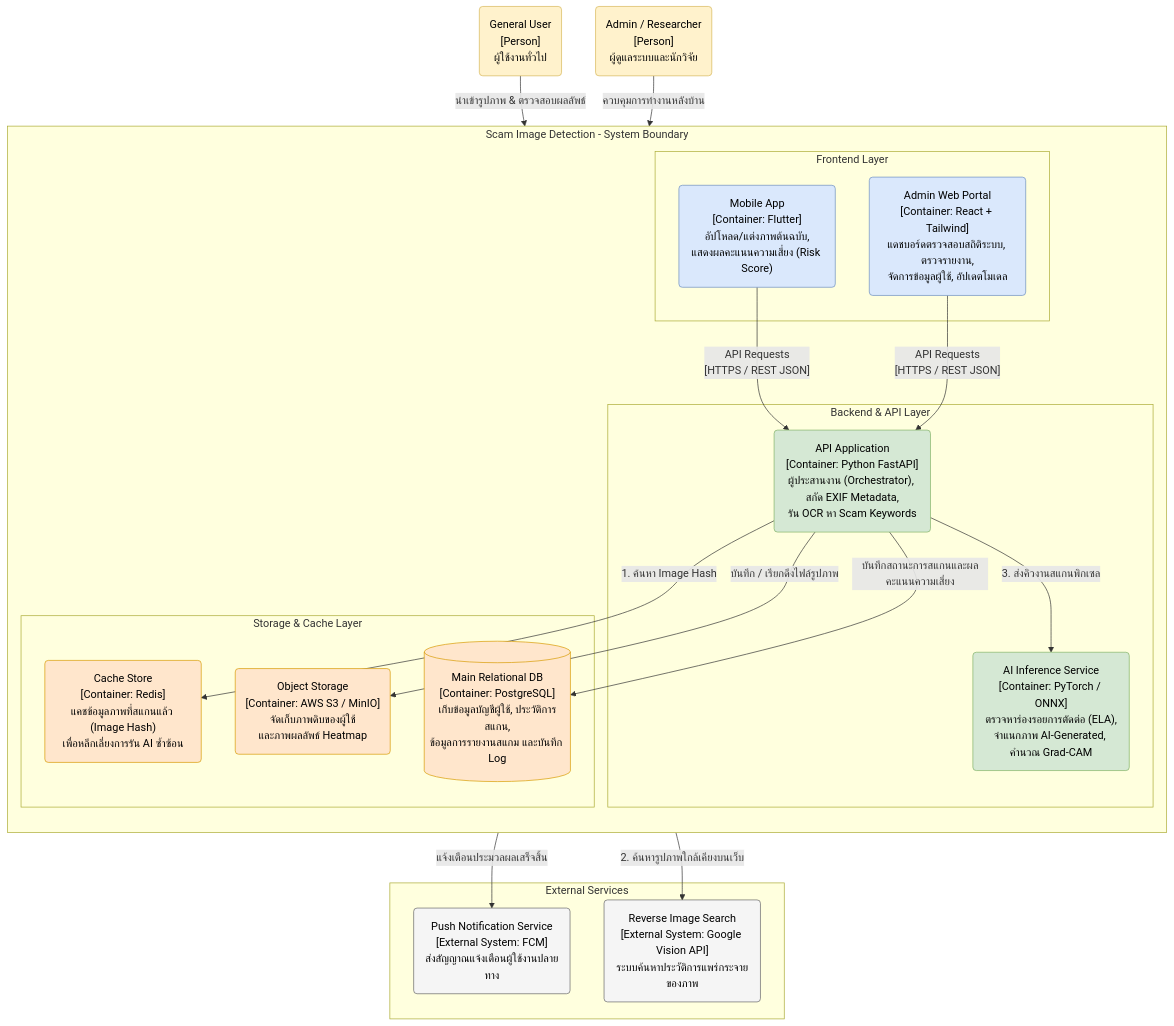
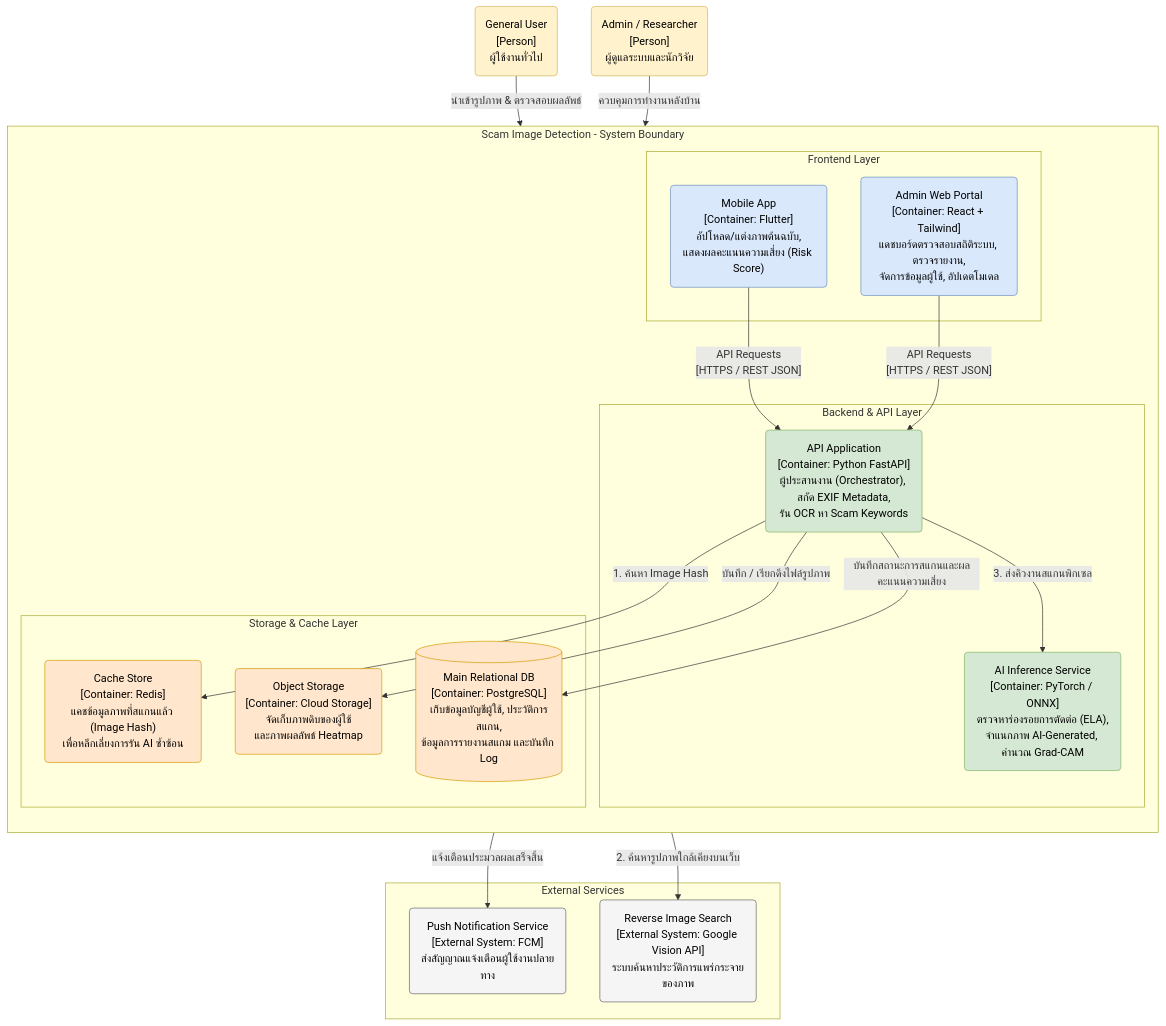
One commit to Panuwat-ta/project changed the second of 3 diagrams in design/architecture.md. Above: the diagram before and after it, drawn with Mermaid. The commit also changed other lines of this file and 7 other files, not shown here.

Commit message:
Refactor storage references from AWS S3 to Cloud Storage across documentation and task tracking files; update task descriptions for AI model training and OCR module development.

````diff
--- a/design/architecture.md
+++ b/design/architecture.md
@@ -77,62 +77,62 @@
 ```mermaid
 flowchart TB
     %% การตั้งค่า Class สีต่างๆ
     classDef userFill fill:#fff2cc,stroke:#d6b656,color:black
     classDef clientFill fill:#dae8fc,stroke:#6c8ebf,color:black
     classDef backendFill fill:#d5e8d4,stroke:#82b366,color:black
     classDef storageFill fill:#ffe6cc,stroke:#d79b00,color:black
     classDef extFill fill:#f5f5f5,stroke:#666666,color:black
 
     %% Actors Boundary
     User("General User<br>[Person]<br>ผู้ใช้งานทั่วไป")
     Admin("Admin / Researcher<br>[Person]<br>ผู้ดูแลระบบและนักวิจัย")
 
     %% System Boundary
     subgraph ScamSystem [Scam Image Detection - System Boundary]
         direction TB
 
         subgraph Frontends [Frontend Layer]
             MobileApp("Mobile App<br>[Container: Flutter]<br>อัปโหลด/แต่งภาพต้นฉบับ,<br>แสดงผลคะแนนความเสี่ยง (Risk Score)")
             AdminPortal("Admin Web Portal<br>[Container: React + Tailwind]<br>แดชบอร์ดตรวจสอบสถิติระบบ, ตรวจรายงาน,<br>จัดการข้อมูลผู้ใช้, อัปเดตโมเดล")
         end
 
         subgraph Backends [Backend & API Layer]
             APIGateway("API Application<br>[Container: Python FastAPI]<br>ผู้ประสานงาน (Orchestrator), สกัด EXIF Metadata,<br>รัน OCR หา Scam Keywords")
             AIInference("AI Inference Service<br>[Container: PyTorch / ONNX]<br>ตรวจหาร่องรอยการตัดต่อ (ELA),<br>จำแนกภาพ AI-Generated, คำนวณ Grad-CAM")
         end
 
         subgraph Storages [Storage & Cache Layer]
             Cache("Cache Store<br>[Container: Redis]<br>แคชข้อมูลภาพที่สแกนแล้ว (Image Hash)<br>เพื่อหลีกเลี่ยงการรัน AI ซ้ำซ้อน")
-            ObjectStore("Object Storage<br>[Container: AWS S3 / MinIO]<br>จัดเก็บภาพดิบของผู้ใช้<br>และภาพผลลัพธ์ Heatmap")
+            ObjectStore("Object Storage<br>[Container: Cloud Storage]<br>จัดเก็บภาพดิบของผู้ใช้<br>และภาพผลลัพธ์ Heatmap")
             MainDB[("Main Relational DB<br>[Container: PostgreSQL]<br>เก็บข้อมูลบัญชีผู้ใช้, ประวัติการสแกน,<br>ข้อมูลการรายงานสแกม และบันทึก Log")]
         end
     end
 
     %% External Systems Boundary
     subgraph Externals [External Services]
         PushService("Push Notification Service<br>[External System: FCM]<br>ส่งสัญญาณแจ้งเตือนผู้ใช้งานปลายทาง")
         ReverseSearch("Reverse Image Search<br>[External System: Google Vision API]<br>ระบบค้นหาประวัติการแพร่กระจายของภาพ")
     end
 
     %% Relationships / Associations
     User -- "นำเข้ารูปภาพ & ตรวจสอบผลลัพธ์" --> MobileApp
     Admin -- "ควบคุมการทำงานหลังบ้าน" --> AdminPortal
 
     MobileApp -- "API Requests<br>[HTTPS / REST JSON]" --> APIGateway
     AdminPortal -- "API Requests<br>[HTTPS / REST JSON]" --> APIGateway
 
     APIGateway -- "1. ค้นหา Image Hash" --> Cache
     APIGateway -- "3. ส่งคิวงานสแกนพิกเซล" --> AIInference
     APIGateway -- "บันทึก / เรียกดึงไฟล์รูปภาพ" --> ObjectStore
     APIGateway -- "บันทึกสถานะการสแกนและผลคะแนนความเสี่ยง" --> MainDB
     
     APIGateway -- "แจ้งเตือนประมวลผลเสร็จสิ้น" --> PushService
     APIGateway -- "2. ค้นหารูปภาพใกล้เคียงบนเว็บ" --> ReverseSearch
 
     %% Apply Styles
     class User,Admin userFill
     class MobileApp,AdminPortal clientFill
     class APIGateway,AIInference backendFill
     class Cache,ObjectStore,MainDB storageFill
     class PushService,ReverseSearch extFill
 ```
````
